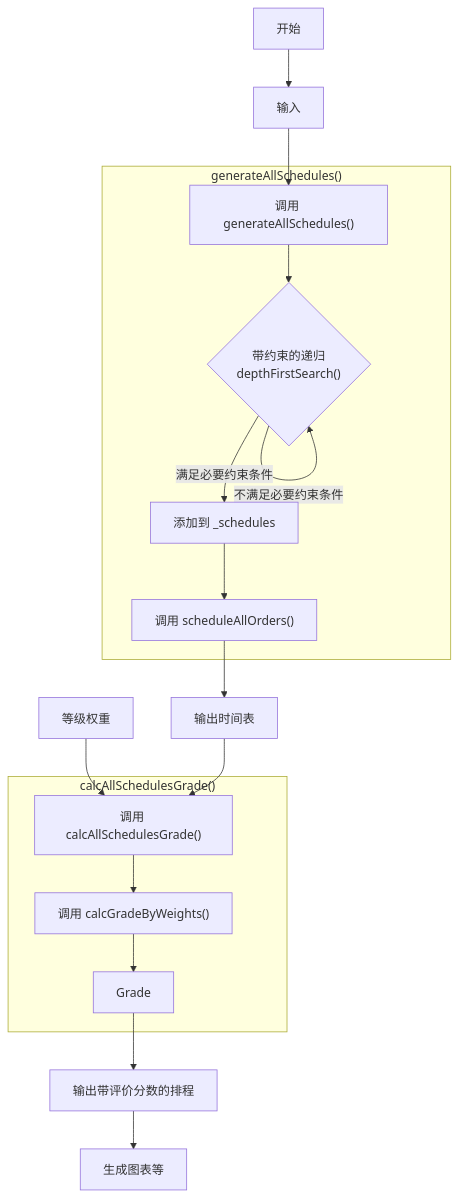
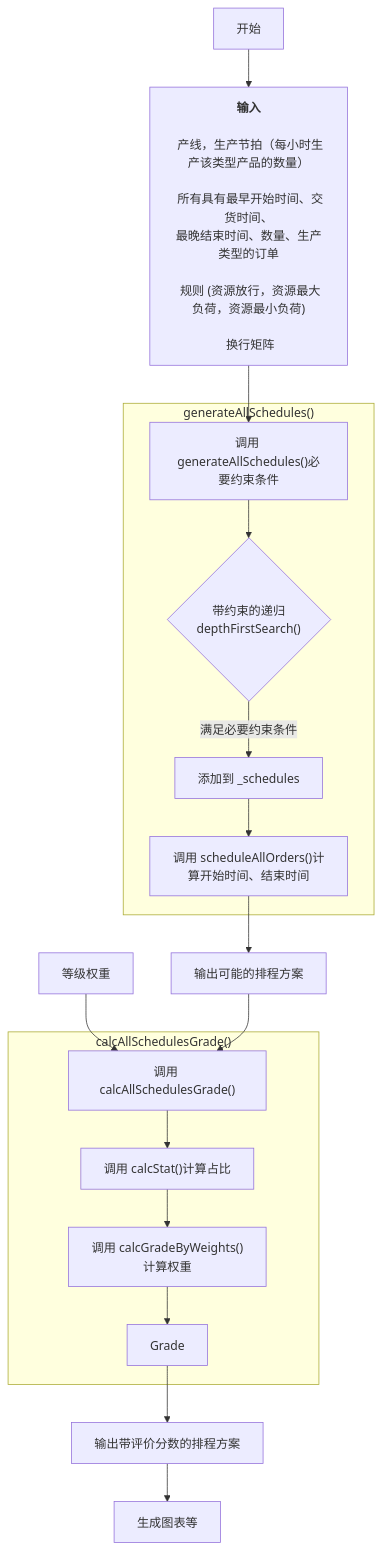
Before and after one commit to RPIFisherman/APS-app: the second of 2 diagrams in README_CN.md, drawn with Mermaid. The commit also changed other lines of this file and 2 other files, not shown here.

````diff
--- a/README_CN.md
+++ b/README_CN.md
@@ -135,20 +143,25 @@
 ```mermaid
 graph TD
-    A[开始] --> init[输入]
-    init --> generateAllSchedules["调用 generateAllSchedules()"]
-    subgraph "generateAllSchedules()"
-        generateAllSchedules -->depthFirstSearch{"带约束的递归<br>depthFirstSearch()"}
-        depthFirstSearch -->|满足必要约束条件| C[添加到 _schedules]
-        depthFirstSearch -->|不满足必要约束条件| depthFirstSearch
-        C --> D["调用 scheduleAllOrders()"]
-    end
-    D --> E[输出时间表]
-    F[等级权重] --> calcAllSchedulesGrade
-    E --> calcAllSchedulesGrade["调用 calcAllSchedulesGrade()"]
-    subgraph "calcAllSchedulesGrade()"
-        calcAllSchedulesGrade --> calcGradeByWeights["调用 calcGradeByWeights()"]
-        calcGradeByWeights --> Grade[Grade]
-    end
-    Grade --> G[输出带评价分数的排程]
-    G --> H[生成图表等]
+    A[开始] --> init["<strong>输入</strong>
+<br> 产线，生产节拍（每小时生产该类型产品的数量）
+<br> 所有具有最早开始时间、交货时间、<br>最晚结束时间、数量、生产类型的订单
+<br> 规则 (资源放行，资源最大负荷，资源最小负荷)
+<br> 换行矩阵"]
+init --> generateAllSchedules["调用 generateAllSchedules()必要约束条件"]
+subgraph "generateAllSchedules()"
+generateAllSchedules --> depthFirstSearch{"带约束的递归<br>depthFirstSearch()"}
+depthFirstSearch -->|满足必要约束条件|C[添加到 _schedules]
+%%depthFirstSearch -->|不满足必要约束条件|depthFirstSearch
+C --> D["调用 scheduleAllOrders()计算开始时间、结束时间"]
+end
+D --> E[输出可能的排程方案]
+F[等级权重] --> calcAllSchedulesGrade
+E --> calcAllSchedulesGrade["调用 calcAllSchedulesGrade()"]
+subgraph "calcAllSchedulesGrade()"
+calcAllSchedulesGrade --> calcStat["调用 calcStat()计算占比"]
+calcStat --> calcGradeByWeights["调用 calcGradeByWeights()计算权重"]
+calcGradeByWeights --> Grade[Grade]
+end
+Grade --> G[输出带评价分数的排程方案]
+G --> H[生成图表等]
 ```
````
